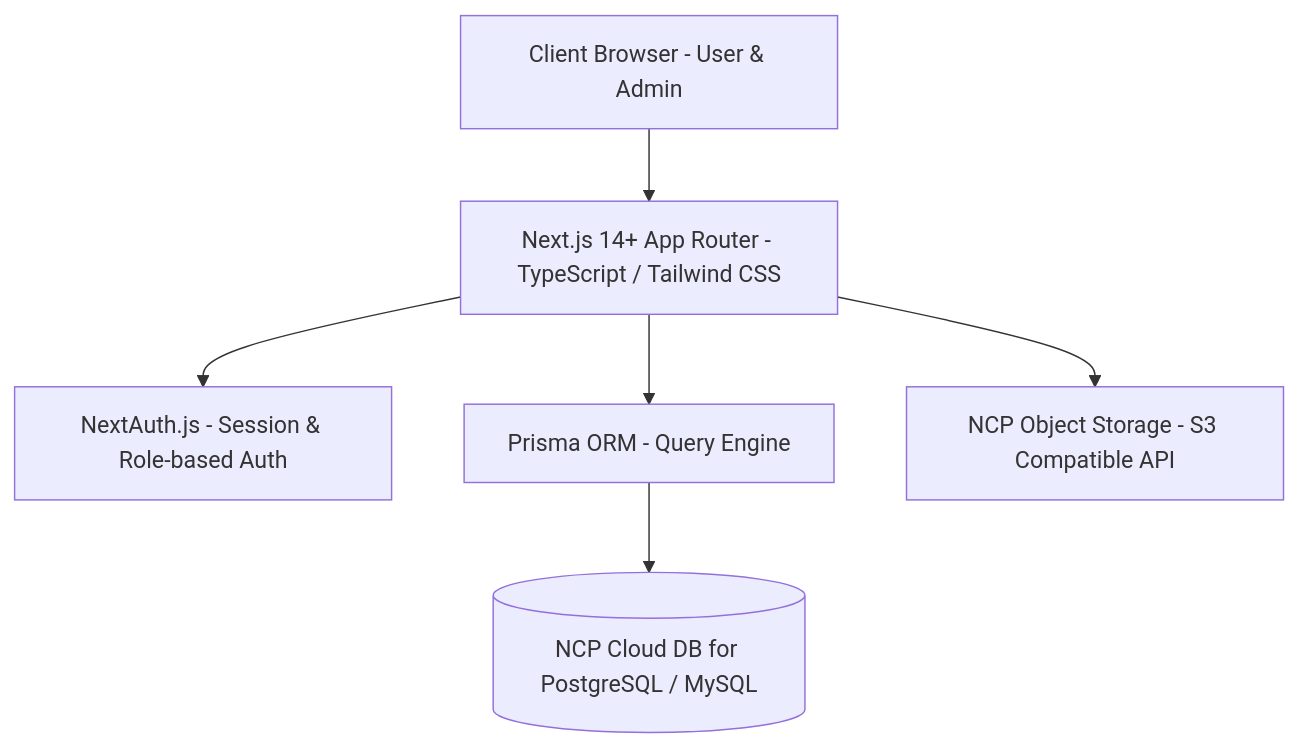
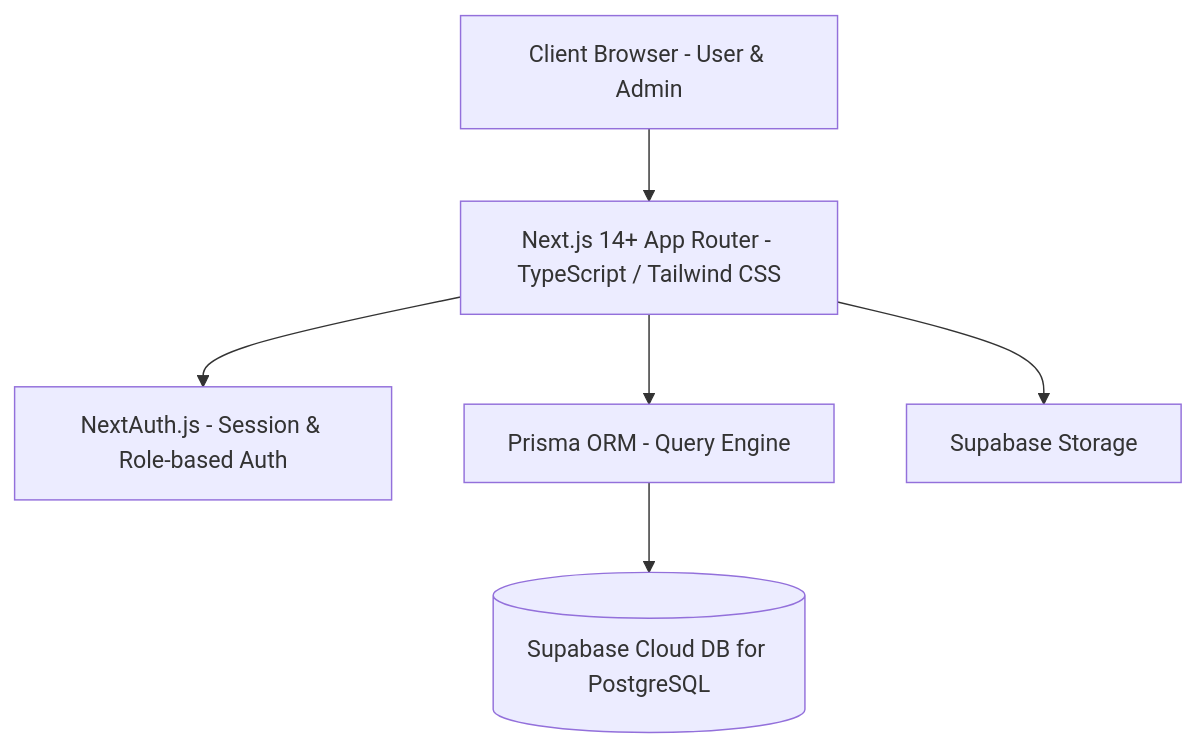
Before and after one commit to junhyeon0325/ROMS: the first of 2 diagrams in 산출물/초기계획/ROMS_프로젝트계획서.md, drawn with Mermaid. The commit also changed other lines of this file and 28 other files, not shown here.

````diff
--- a/산출물/초기계획/ROMS_프로젝트계획서.md
+++ b/산출물/초기계획/ROMS_프로젝트계획서.md
@@ -56,8 +56,8 @@
 ```mermaid
 graph TD
     Client[Client Browser - User & Admin] --> Frontend[Next.js 14+ App Router - TypeScript / Tailwind CSS]
     Frontend --> Auth[NextAuth.js - Session & Role-based Auth]
     Frontend --> ORM[Prisma ORM - Query Engine]
-    ORM --> NCP_DB[(NCP Cloud DB for PostgreSQL / MySQL)]
-    Frontend --> NCP_Storage[NCP Object Storage - S3 Compatible API]
+    ORM --> Supabase_DB[(Supabase Cloud DB for PostgreSQL)]
+    Frontend --> Supabase_Storage[Supabase Storage]
 ```
````
